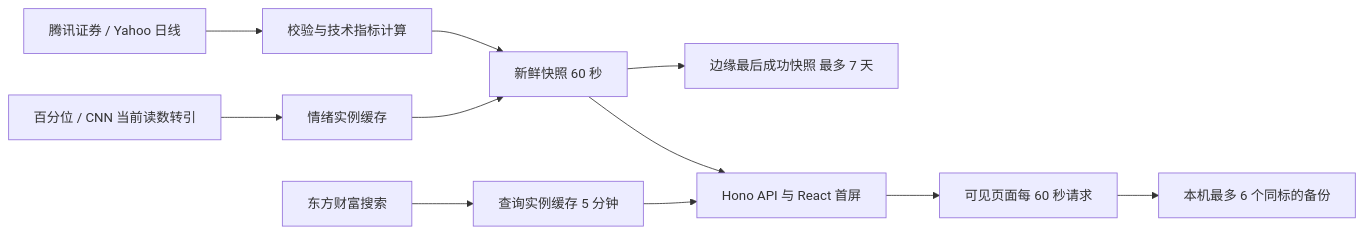
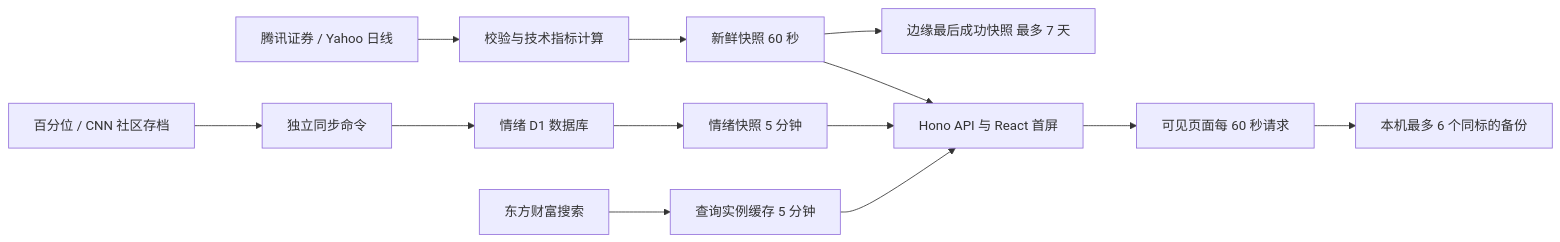
One commit to RyanProMax/trendbeak changed the diagram in docs/data-flow.md. Above: the diagram before and after it, drawn with Mermaid. The commit also changed other lines of this file and 21 other files, not shown here.

````diff
--- a/docs/data-flow.md
+++ b/docs/data-flow.md
@@ -5,13 +7,15 @@
 ```mermaid
 flowchart LR
   prices[腾讯证券 / Yahoo 日线] --> compute[校验与技术指标计算]
-  sentiment[百分位 / CNN 当前读数转引] --> moodCache[情绪实例缓存]
+  sentiment[百分位 / CNN 社区存档] --> sync[独立同步命令]
+  sync --> moodDB[情绪 D1 数据库]
+  moodDB --> moodCache[情绪快照 5 分钟]
   compute --> snapshot[新鲜快照 60 秒]
   snapshot --> lastgood[边缘最后成功快照 最多 7 天]
-  moodCache --> snapshot
+  moodCache --> api
   search[东方财富搜索] --> searchCache[查询实例缓存 5 分钟]
   snapshot --> api[Hono API 与 React 首屏]
   searchCache --> api
   api --> browser[可见页面每 60 秒请求]
   browser --> backup[本机最多 6 个同标的备份]
 ```
````
